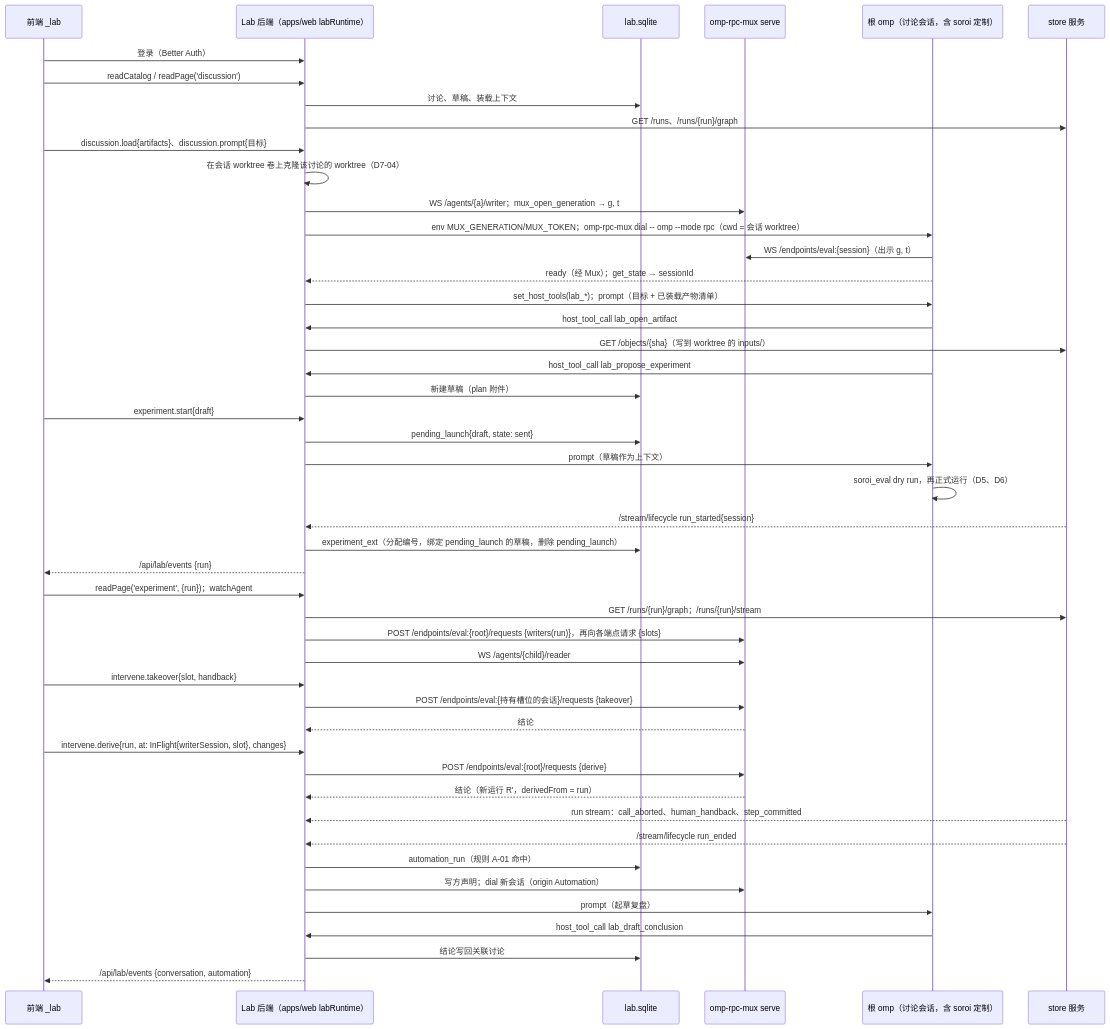
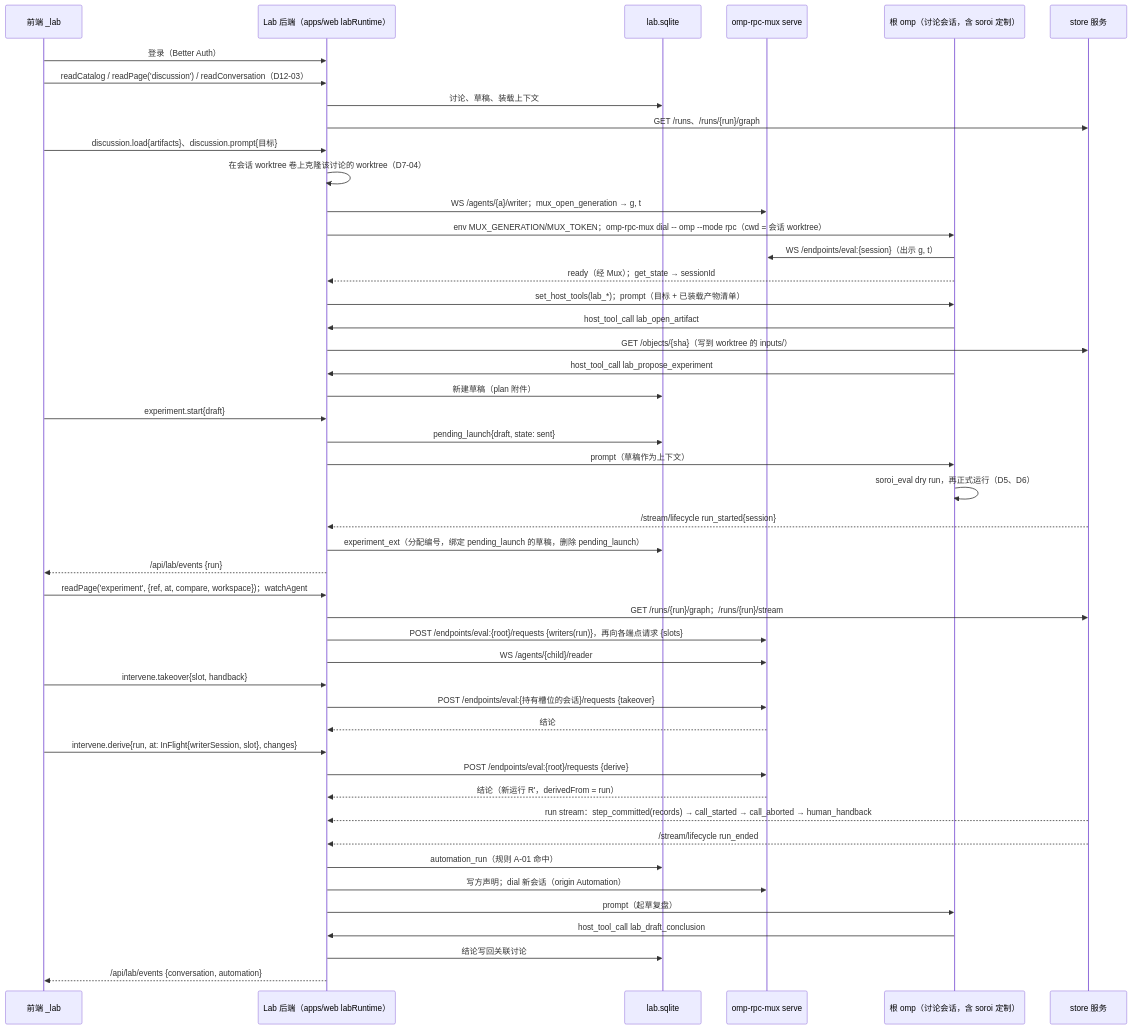
The diagram in evidence/decisions/D7-lab-backend.md (Pepgent/PM), drawn with Mermaid before and after one commit. The commit also changed other lines of this file and 10 other files, not shown here.

````diff
--- a/evidence/decisions/D7-lab-backend.md
+++ b/evidence/decisions/D7-lab-backend.md
@@ -226,49 +166,49 @@
 ```mermaid
 sequenceDiagram
     participant UI as 前端 _lab
     participant LAB as Lab 后端（apps/web labRuntime）
     participant DB as lab.sqlite
     participant MUX as omp-rpc-mux serve
     participant O as 根 omp（讨论会话，含 soroi 定制）
     participant ST as store 服务
     UI->>LAB: 登录（Better Auth）
-    UI->>LAB: readCatalog / readPage('discussion')
+    UI->>LAB: readCatalog / readPage('discussion') / readConversation（D12-03）
     LAB->>DB: 讨论、草稿、装载上下文
     LAB->>ST: GET /runs、/runs/{run}/graph
     UI->>LAB: discussion.load{artifacts}、discussion.prompt{目标}
     LAB->>LAB: 在会话 worktree 卷上克隆该讨论的 worktree（D7-04）
     LAB->>MUX: WS /agents/{a}/writer；mux_open_generation → g, t
     LAB->>O: env MUX_GENERATION/MUX_TOKEN；omp-rpc-mux dial -- omp --mode rpc（cwd = 会话 worktree）
     O->>MUX: WS /endpoints/eval:{session}（出示 g, t）
     O-->>LAB: ready（经 Mux）；get_state → sessionId
     LAB->>O: set_host_tools(lab_*)；prompt（目标 + 已装载产物清单）
     O->>LAB: host_tool_call lab_open_artifact
     LAB->>ST: GET /objects/{sha}（写到 worktree 的 inputs/）
     O->>LAB: host_tool_call lab_propose_experiment
     LAB->>DB: 新建草稿（plan 附件）
     UI->>LAB: experiment.start{draft}
     LAB->>DB: pending_launch{draft, state: sent}
     LAB->>O: prompt（草稿作为上下文）
     O->>O: soroi_eval dry run，再正式运行（D5、D6）
     ST-->>LAB: /stream/lifecycle run_started{session}
     LAB->>DB: experiment_ext（分配编号，绑定 pending_launch 的草稿，删除 pending_launch）
     LAB-->>UI: /api/lab/events {run}
-    UI->>LAB: readPage('experiment', {run})；watchAgent
+    UI->>LAB: readPage('experiment', {ref, at, compare, workspace})；watchAgent
     LAB->>ST: GET /runs/{run}/graph；/runs/{run}/stream
     LAB->>MUX: POST /endpoints/eval:{root}/requests {writers(run)}，再向各端点请求 {slots}
     LAB->>MUX: WS /agents/{child}/reader
     UI->>LAB: intervene.takeover{slot, handback}
     LAB->>MUX: POST /endpoints/eval:{持有槽位的会话}/requests {takeover}
     MUX-->>LAB: 结论
     UI->>LAB: intervene.derive{run, at: InFlight{writerSession, slot}, changes}
     LAB->>MUX: POST /endpoints/eval:{root}/requests {derive}
     MUX-->>LAB: 结论（新运行 R'，derivedFrom = run）
-    ST-->>LAB: run stream：call_aborted、human_handback、step_committed
+    ST-->>LAB: run stream：step_committed(records) → call_started → call_aborted → human_handback
     ST-->>LAB: /stream/lifecycle run_ended
     LAB->>DB: automation_run（规则 A-01 命中）
     LAB->>MUX: 写方声明；dial 新会话（origin Automation）
     LAB->>O: prompt（起草复盘）
     O->>LAB: host_tool_call lab_draft_conclusion
     LAB->>DB: 结论写回关联讨论
     LAB-->>UI: /api/lab/events {conversation, automation}
 ```
````
